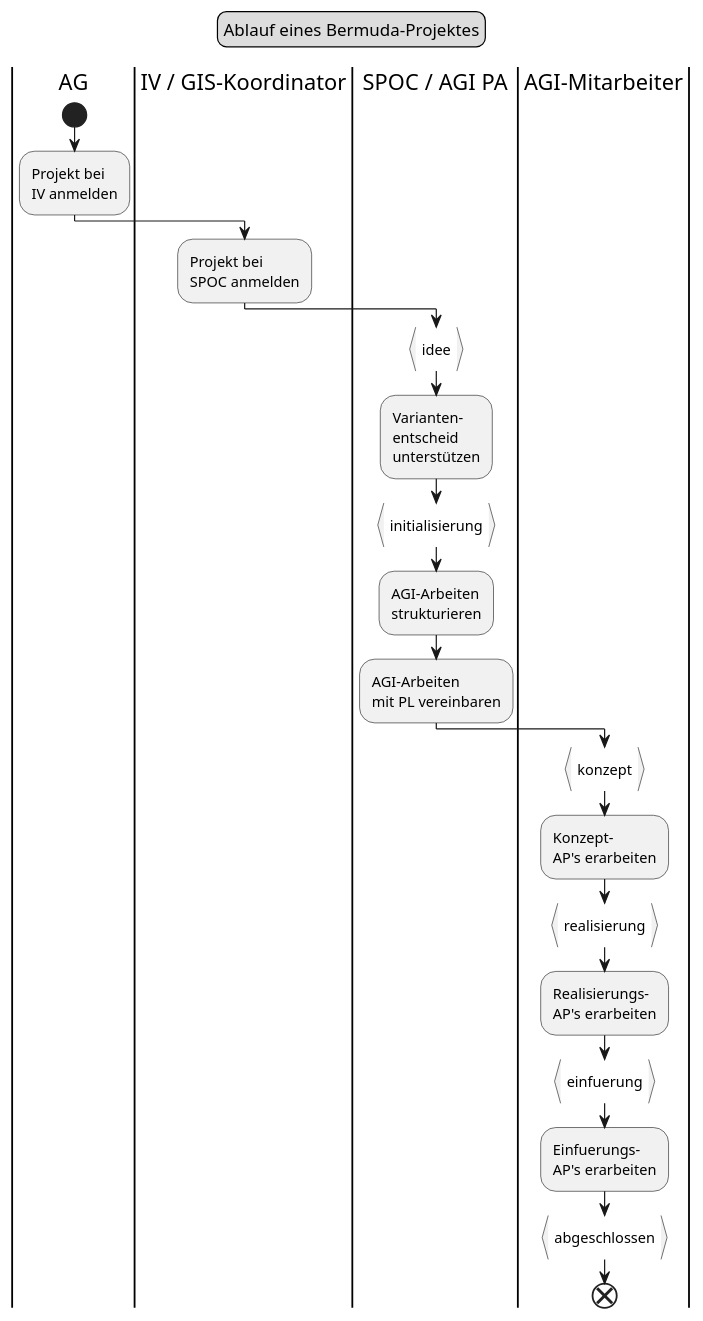
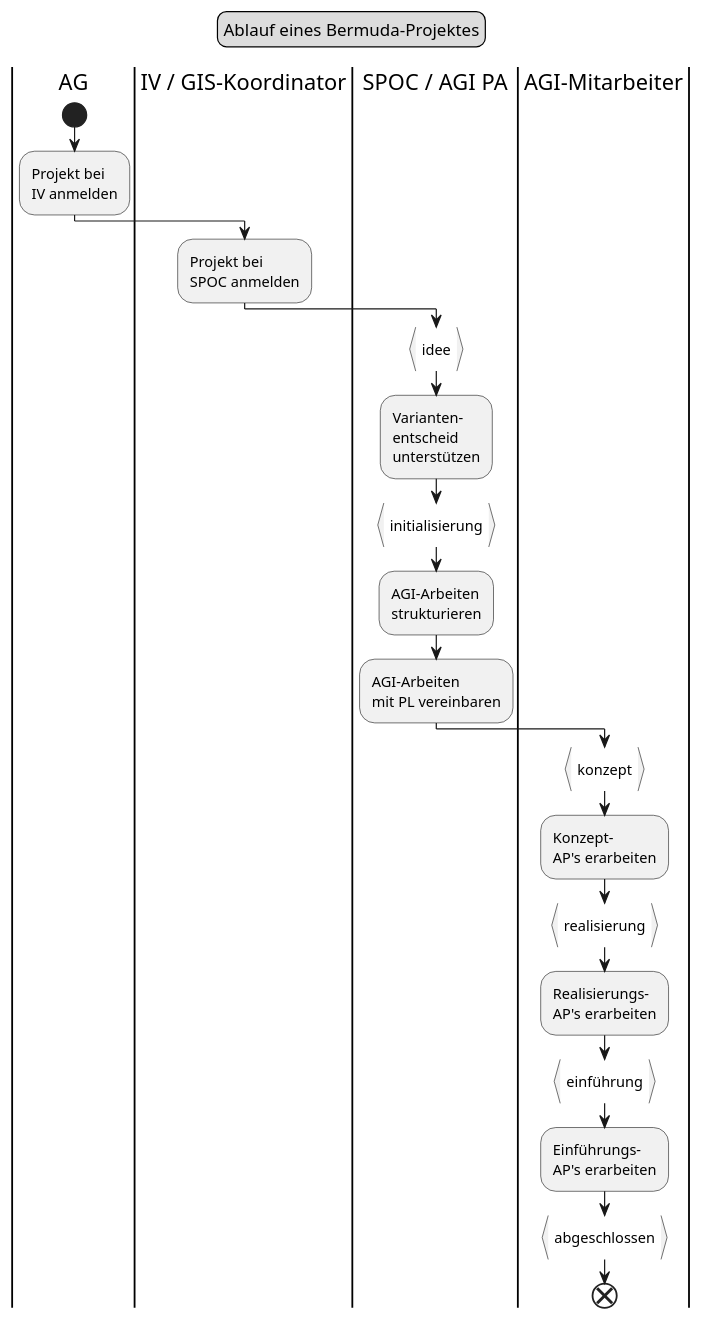
One commit to ojeker/docktick changed the diagram in puml/src/flow_bermudaprojekt.puml. Above: the diagram before and after it, drawn with PlantUML. The commit also changed 18 other files, not shown here.

Commit message:
Diagramme mit Umlauten versehen

```diff
--- a/puml/src/flow_bermudaprojekt.puml
+++ b/puml/src/flow_bermudaprojekt.puml
@@ -1,34 +1,34 @@
 @startuml
 legend top
 	Ablauf eines Bermuda-Projektes
 end legend
 |AG|
 start
 :Projekt bei
 IV anmelden;
 |IV / GIS-Koordinator|
 :Projekt bei
 SPOC anmelden;
 |SPOC / AGI PA|
 :idee}
 :Varianten-
 entscheid
 unterstützen;
 :initialisierung}
 :AGI-Arbeiten
 strukturieren;
 :AGI-Arbeiten
 mit PL vereinbaren;
 |AGI-Mitarbeiter|
 :konzept}
 :Konzept-
 AP's erarbeiten;
 :realisierung}
 :Realisierungs-
 AP's erarbeiten;
-:einfuerung}
-:Einfuerungs-
+:einführung}
+:Einführungs-
 AP's erarbeiten;
 :abgeschlossen}
 end
 @enduml
```
